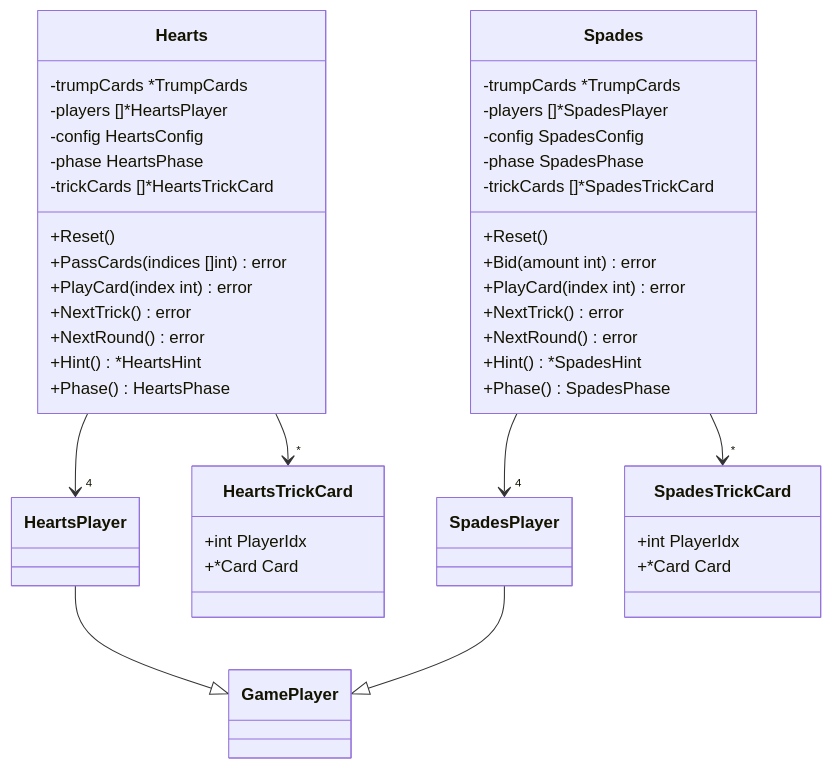
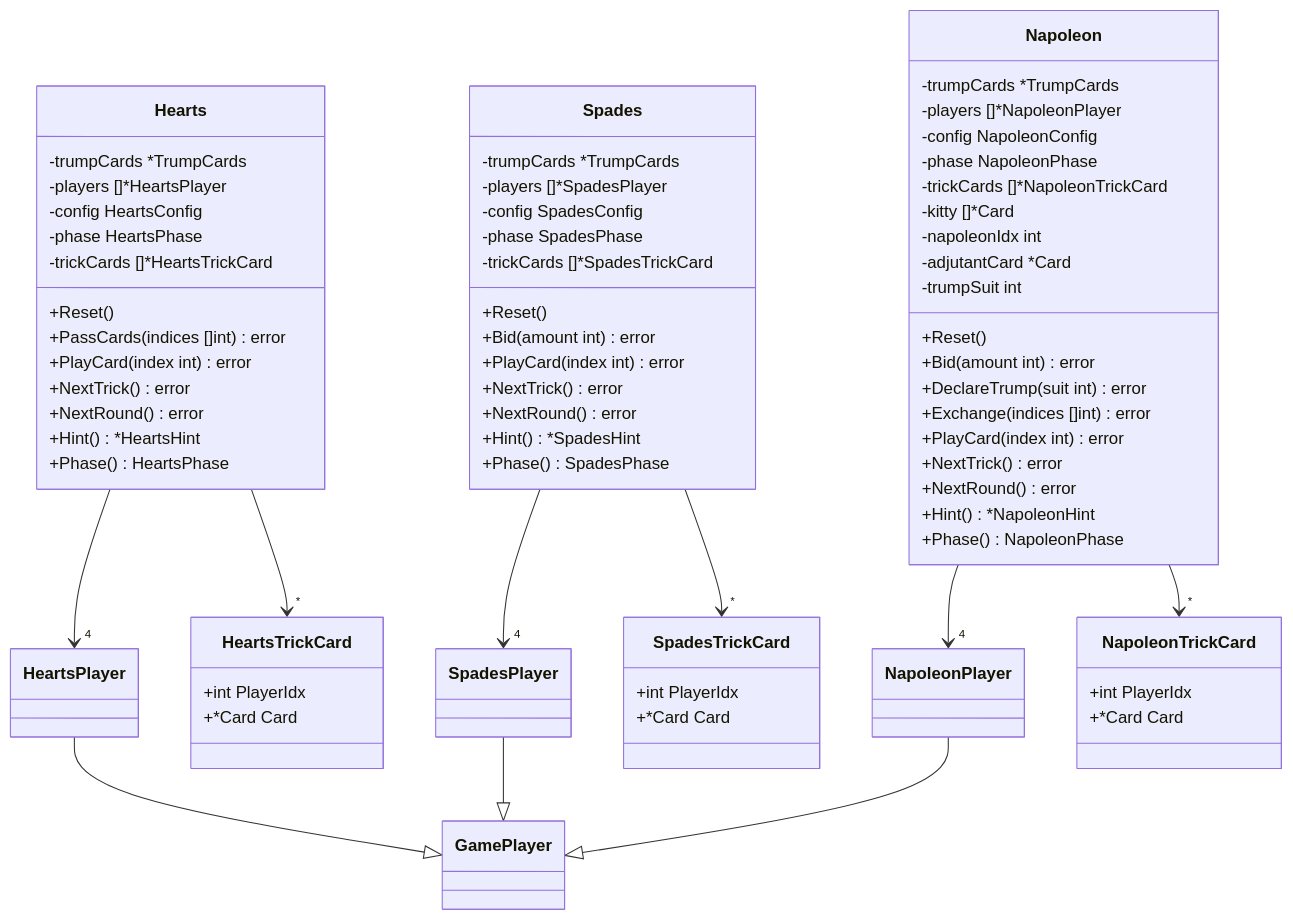
The third of 25 diagrams in docs/design/backend.md (yuta-yoshinaga/go_trumpcards), drawn with Mermaid before and after one commit. The commit also changed other lines of this file and 51 other files, not shown here.

First line of the commit message:
feat: add Napoleon (ナポレオン) card game

````diff
--- a/docs/design/backend.md
+++ b/docs/design/backend.md
@@ -177,49 +178,78 @@
 ```mermaid
 classDiagram
     class Hearts {
         -trumpCards *TrumpCards
         -players []*HeartsPlayer
         -config HeartsConfig
         -phase HeartsPhase
         -trickCards []*HeartsTrickCard
         +Reset()
         +PassCards(indices []int) error
         +PlayCard(index int) error
         +NextTrick() error
         +NextRound() error
         +Hint() *HeartsHint
         +Phase() HeartsPhase
     }
 
     class Spades {
         -trumpCards *TrumpCards
         -players []*SpadesPlayer
         -config SpadesConfig
         -phase SpadesPhase
         -trickCards []*SpadesTrickCard
         +Reset()
         +Bid(amount int) error
         +PlayCard(index int) error
         +NextTrick() error
         +NextRound() error
         +Hint() *SpadesHint
         +Phase() SpadesPhase
     }
 
     class HeartsTrickCard {
         +int PlayerIdx
         +*Card Card
     }
 
     class SpadesTrickCard {
         +int PlayerIdx
         +*Card Card
     }
 
+    class Napoleon {
+        -trumpCards *TrumpCards
+        -players []*NapoleonPlayer
+        -config NapoleonConfig
+        -phase NapoleonPhase
+        -trickCards []*NapoleonTrickCard
+        -kitty []*Card
+        -napoleonIdx int
+        -adjutantCard *Card
+        -trumpSuit int
+        +Reset()
+        +Bid(amount int) error
+        +DeclareTrump(suit int) error
+        +Exchange(indices []int) error
+        +PlayCard(index int) error
+        +NextTrick() error
+        +NextRound() error
+        +Hint() *NapoleonHint
+        +Phase() NapoleonPhase
+    }
+
+    class NapoleonTrickCard {
+        +int PlayerIdx
+        +*Card Card
+    }
+
     Hearts --> "4" HeartsPlayer
     Hearts --> "*" HeartsTrickCard
     Spades --> "4" SpadesPlayer
     Spades --> "*" SpadesTrickCard
+    Napoleon --> "4" NapoleonPlayer
+    Napoleon --> "*" NapoleonTrickCard
     HeartsPlayer --|> GamePlayer
     SpadesPlayer --|> GamePlayer
+    NapoleonPlayer --|> GamePlayer
 ```
````
